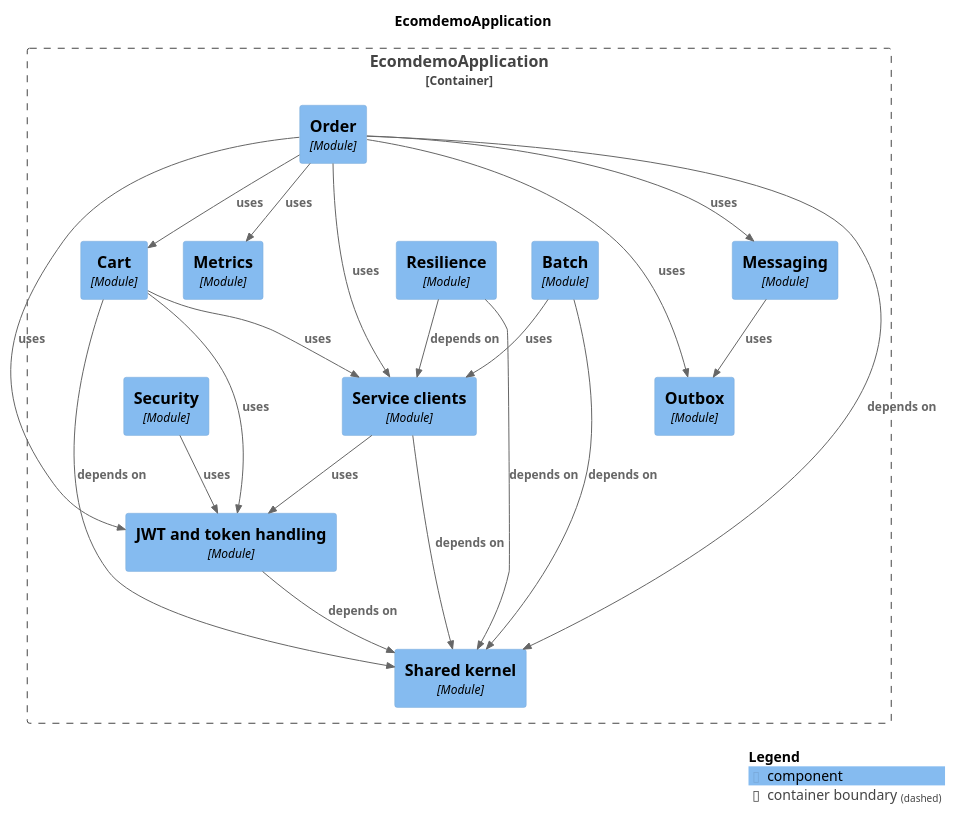
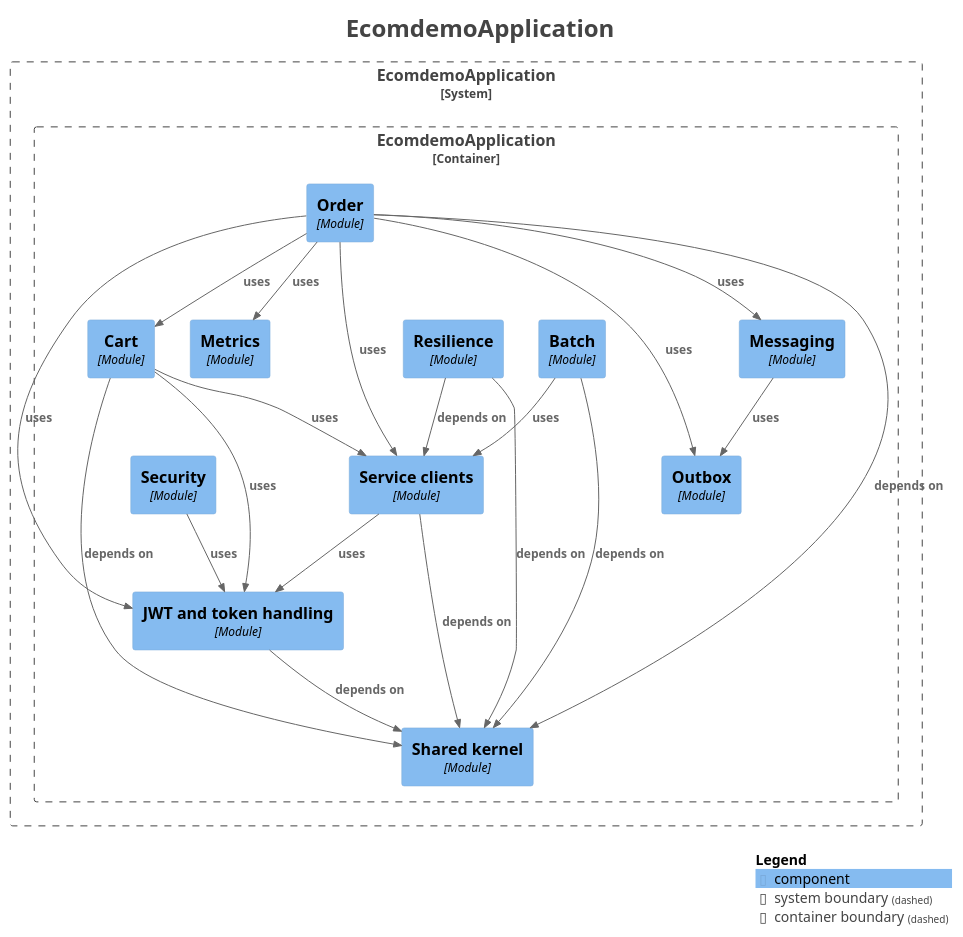
One commit to mr-sujay-patil/ecomdemo changed the diagram in docs/modules/components.puml. Above: the diagram before and after it, drawn with PlantUML. The commit also changed 17 other files, not shown here.

```diff
--- a/docs/modules/components.puml
+++ b/docs/modules/components.puml
@@ -1,46 +1,57 @@
 @startuml
+title <size:24>EcomdemoApplication</size>
+
 set separator none
-title EcomdemoApplication
+top to bottom direction
 
-top to bottom direction
+<style>
+  root {
+    BackgroundColor: #ffffff
+    FontColor: #444444
+  }
+</style>
 
 !include <C4/C4>
 !include <C4/C4_Context>
 !include <C4/C4_Component>
 
-Container_Boundary("EcomdemoApplication.EcomdemoApplication_boundary", "EcomdemoApplication", $tags="") {
-  Component(EcomdemoApplication.EcomdemoApplication.Serviceclients, "Service clients", $techn="Module", $descr="", $tags="", $link="")
-  Component(EcomdemoApplication.EcomdemoApplication.Security, "Security", $techn="Module", $descr="", $tags="", $link="")
-  Component(EcomdemoApplication.EcomdemoApplication.Batch, "Batch", $techn="Module", $descr="", $tags="", $link="")
-  Component(EcomdemoApplication.EcomdemoApplication.Cart, "Cart", $techn="Module", $descr="", $tags="", $link="")
-  Component(EcomdemoApplication.EcomdemoApplication.Resilience, "Resilience", $techn="Module", $descr="", $tags="", $link="")
-  Component(EcomdemoApplication.EcomdemoApplication.Order, "Order", $techn="Module", $descr="", $tags="", $link="")
-  Component(EcomdemoApplication.EcomdemoApplication.Metrics, "Metrics", $techn="Module", $descr="", $tags="", $link="")
-  Component(EcomdemoApplication.EcomdemoApplication.Outbox, "Outbox", $techn="Module", $descr="", $tags="", $link="")
-  Component(EcomdemoApplication.EcomdemoApplication.Sharedkernel, "Shared kernel", $techn="Module", $descr="", $tags="", $link="")
-  Component(EcomdemoApplication.EcomdemoApplication.JWTandtokenhandling, "JWT and token handling", $techn="Module", $descr="", $tags="", $link="")
-  Component(EcomdemoApplication.EcomdemoApplication.Messaging, "Messaging", $techn="Module", $descr="", $tags="", $link="")
+System_Boundary("EcomdemoApplication_boundary", "EcomdemoApplication", $tags="") {
+  Container_Boundary("EcomdemoApplication.EcomdemoApplication_boundary", "EcomdemoApplication", $tags="") {
+    Component(EcomdemoApplication.EcomdemoApplication.Serviceclients, "Service clients", $techn="Module", $descr="", $tags="", $link="")
+    Component(EcomdemoApplication.EcomdemoApplication.Security, "Security", $techn="Module", $descr="", $tags="", $link="")
+    Component(EcomdemoApplication.EcomdemoApplication.Batch, "Batch", $techn="Module", $descr="", $tags="", $link="")
+    Component(EcomdemoApplication.EcomdemoApplication.Cart, "Cart", $techn="Module", $descr="", $tags="", $link="")
+    Component(EcomdemoApplication.EcomdemoApplication.Resilience, "Resilience", $techn="Module", $descr="", $tags="", $link="")
+    Component(EcomdemoApplication.EcomdemoApplication.Order, "Order", $techn="Module", $descr="", $tags="", $link="")
+    Component(EcomdemoApplication.EcomdemoApplication.Metrics, "Metrics", $techn="Module", $descr="", $tags="", $link="")
+    Component(EcomdemoApplication.EcomdemoApplication.Outbox, "Outbox", $techn="Module", $descr="", $tags="", $link="")
+    Component(EcomdemoApplication.EcomdemoApplication.Sharedkernel, "Shared kernel", $techn="Module", $descr="", $tags="", $link="")
+    Component(EcomdemoApplication.EcomdemoApplication.JWTandtokenhandling, "JWT and token handling", $techn="Module", $descr="", $tags="", $link="")
+    Component(EcomdemoApplication.EcomdemoApplication.Messaging, "Messaging", $techn="Module", $descr="", $tags="", $link="")
+  }
+
 }
 
 Rel(EcomdemoApplication.EcomdemoApplication.Batch, EcomdemoApplication.EcomdemoApplication.Serviceclients, "uses", $techn="", $tags="", $link="")
 Rel(EcomdemoApplication.EcomdemoApplication.Batch, EcomdemoApplication.EcomdemoApplication.Sharedkernel, "depends on", $techn="", $tags="", $link="")
 Rel(EcomdemoApplication.EcomdemoApplication.Cart, EcomdemoApplication.EcomdemoApplication.JWTandtokenhandling, "uses", $techn="", $tags="", $link="")
 Rel(EcomdemoApplication.EcomdemoApplication.Cart, EcomdemoApplication.EcomdemoApplication.Serviceclients, "uses", $techn="", $tags="", $link="")
 Rel(EcomdemoApplication.EcomdemoApplication.Cart, EcomdemoApplication.EcomdemoApplication.Sharedkernel, "depends on", $techn="", $tags="", $link="")
 Rel(EcomdemoApplication.EcomdemoApplication.JWTandtokenhandling, EcomdemoApplication.EcomdemoApplication.Sharedkernel, "depends on", $techn="", $tags="", $link="")
 Rel(EcomdemoApplication.EcomdemoApplication.Messaging, EcomdemoApplication.EcomdemoApplication.Outbox, "uses", $techn="", $tags="", $link="")
 Rel(EcomdemoApplication.EcomdemoApplication.Order, EcomdemoApplication.EcomdemoApplication.Cart, "uses", $techn="", $tags="", $link="")
 Rel(EcomdemoApplication.EcomdemoApplication.Order, EcomdemoApplication.EcomdemoApplication.JWTandtokenhandling, "uses", $techn="", $tags="", $link="")
 Rel(EcomdemoApplication.EcomdemoApplication.Order, EcomdemoApplication.EcomdemoApplication.Messaging, "uses", $techn="", $tags="", $link="")
 Rel(EcomdemoApplication.EcomdemoApplication.Order, EcomdemoApplication.EcomdemoApplication.Metrics, "uses", $techn="", $tags="", $link="")
 Rel(EcomdemoApplication.EcomdemoApplication.Order, EcomdemoApplication.EcomdemoApplication.Outbox, "uses", $techn="", $tags="", $link="")
 Rel(EcomdemoApplication.EcomdemoApplication.Order, EcomdemoApplication.EcomdemoApplication.Serviceclients, "uses", $techn="", $tags="", $link="")
 Rel(EcomdemoApplication.EcomdemoApplication.Order, EcomdemoApplication.EcomdemoApplication.Sharedkernel, "depends on", $techn="", $tags="", $link="")
 Rel(EcomdemoApplication.EcomdemoApplication.Resilience, EcomdemoApplication.EcomdemoApplication.Serviceclients, "depends on", $techn="", $tags="", $link="")
 Rel(EcomdemoApplication.EcomdemoApplication.Resilience, EcomdemoApplication.EcomdemoApplication.Sharedkernel, "depends on", $techn="", $tags="", $link="")
 Rel(EcomdemoApplication.EcomdemoApplication.Security, EcomdemoApplication.EcomdemoApplication.JWTandtokenhandling, "uses", $techn="", $tags="", $link="")
 Rel(EcomdemoApplication.EcomdemoApplication.Serviceclients, EcomdemoApplication.EcomdemoApplication.JWTandtokenhandling, "uses", $techn="", $tags="", $link="")
 Rel(EcomdemoApplication.EcomdemoApplication.Serviceclients, EcomdemoApplication.EcomdemoApplication.Sharedkernel, "depends on", $techn="", $tags="", $link="")
 
 SHOW_LEGEND(true)
+hide stereotypes
 @enduml
```
